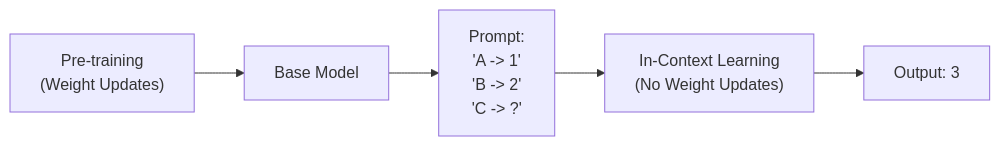
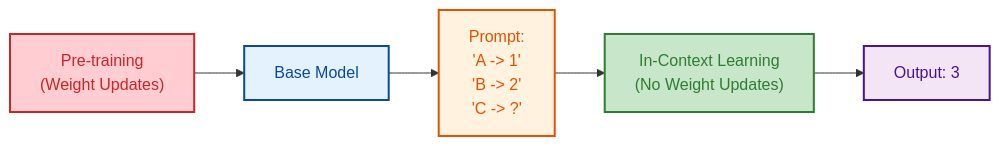
The seventh of 7 diagrams in docs/01-prompt-engineering/README.md (GyanendraChaubey/AI-Engineering-Notes), drawn with Mermaid before and after one commit. The commit also changed other lines of this file and 15 other files, not shown here.

Commit message:
style: apply light color palette to remaining Mermaid diagrams (docs 15 & 16)

````diff
--- a/docs/01-prompt-engineering/README.md
+++ b/docs/01-prompt-engineering/README.md
@@ -657,7 +684,12 @@
 ```mermaid
 graph LR
     A["Pre-training\n(Weight Updates)"] --> B["Base Model"]
     B --> C["Prompt:\n'A -> 1'\n'B -> 2'\n'C -> ?'"]
     C --> D["In-Context Learning\n(No Weight Updates)"]
     D --> E["Output: 3"]
+    style A fill:#ffcdd2,stroke:#c62828,stroke-width:2px,color:#c62828
+    style B fill:#e3f2fd,stroke:#0d47a1,stroke-width:2px,color:#0d47a1
+    style C fill:#fff3e0,stroke:#e65100,stroke-width:2px,color:#e65100
+    style D fill:#c8e6c9,stroke:#2e7d32,stroke-width:2px,color:#2e7d32
+    style E fill:#f3e5f5,stroke:#4a148c,stroke-width:2px,color:#4a148c
 ```
````
